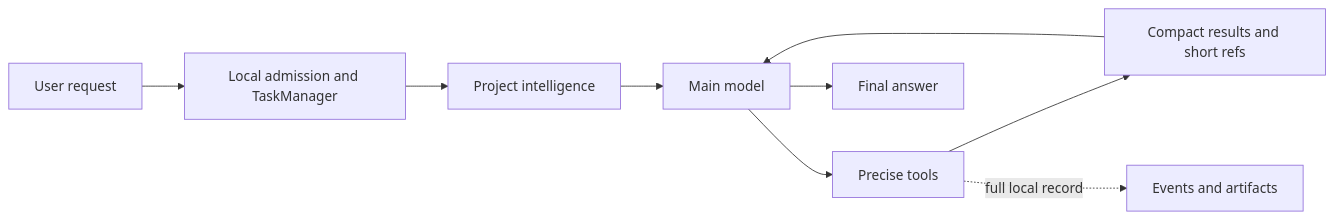
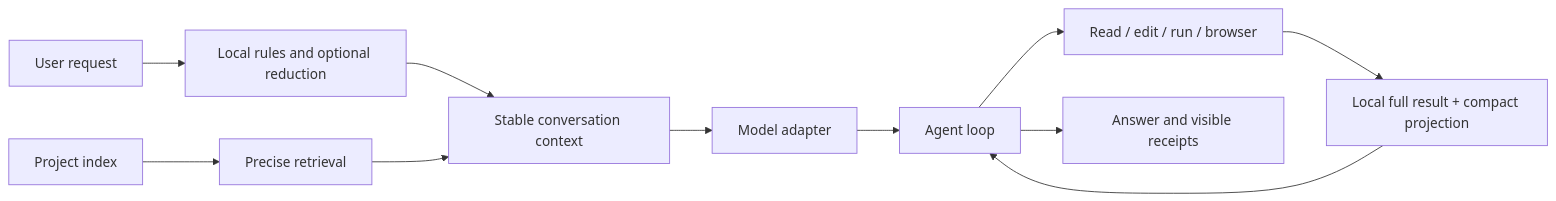
Before and after one commit to hacker123-dev1234/KnightFrame: the diagram in README.en.md, drawn with Mermaid. The commit also changed other lines of this file and 33 other files, not shown here.

````diff
--- a/README.en.md
+++ b/README.en.md
@@ -44,11 +11,13 @@
 ```mermaid
 flowchart LR
-    U[User request] --> A[Local admission and TaskManager]
-    A --> Q[Project intelligence]
-    Q --> M[Main model]
-    M --> T[Precise tools]
-    T --> R[Compact results and short refs]
-    R --> M
-    M --> O[Final answer]
-    T -.full local record.-> L[Events and artifacts]
+    U[User request] --> R[Local rules and optional reduction]
+    R --> C[Stable conversation context]
+    I[Project index] --> Q[Precise retrieval]
+    Q --> C
+    C --> A[Model adapter]
+    A --> L[Agent loop]
+    L --> T[Read / edit / run / browser]
+    T --> P[Local full result + compact projection]
+    P --> L
+    L --> O[Answer and visible receipts]
 ```
````
